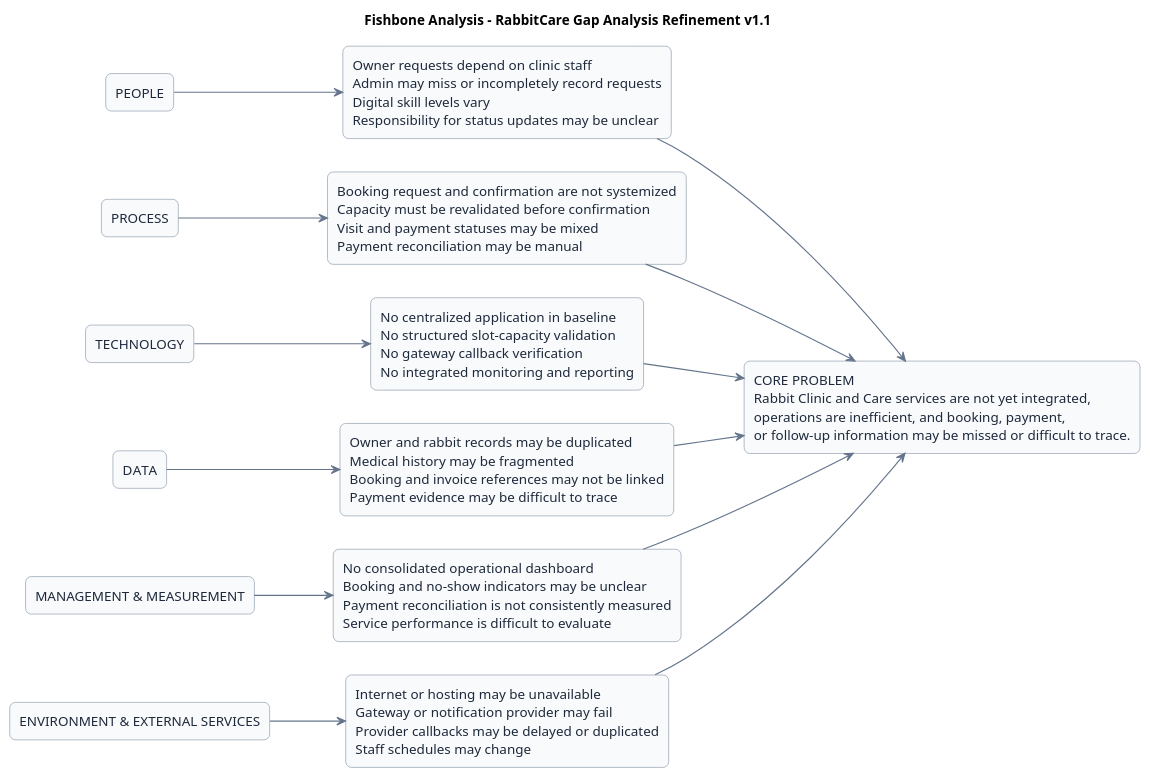
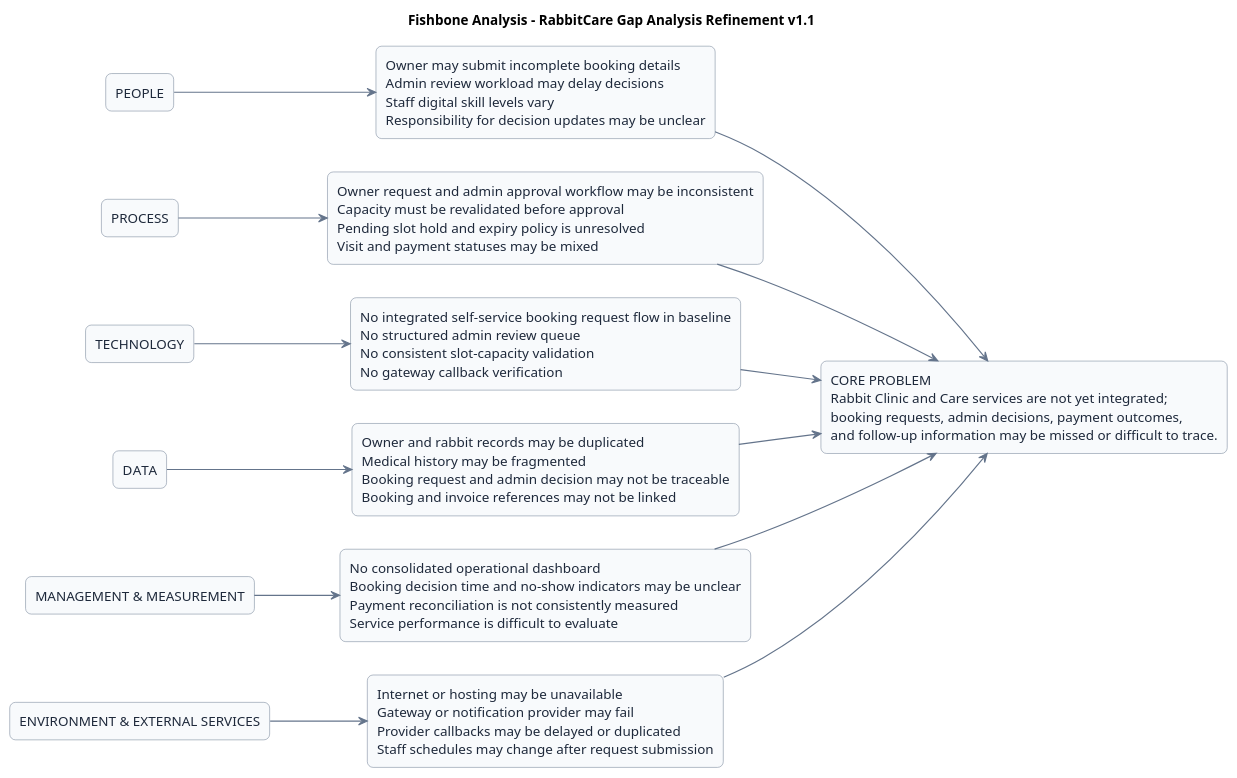
The diagram in plantuml/refinement/10_fishbone_gap_analysis_v1.1.puml (anggitasilmyy/rabbitcare-system-analysis), drawn with PlantUML before and after one commit. The commit also changed 16 other files, not shown here.

First line of the commit message:
docs: refine RabbitCare analysis and UML diagrams v1.1

```diff
--- a/plantuml/refinement/10_fishbone_gap_analysis_v1.1.puml
+++ b/plantuml/refinement/10_fishbone_gap_analysis_v1.1.puml
@@ -1,50 +1,49 @@
 @startuml
 title Fishbone Analysis - RabbitCare Gap Analysis Refinement v1.1
 left to right direction
 
 skinparam backgroundColor white
 skinparam shadowing false
 skinparam defaultFontName Arial
 skinparam rectangle {
     RoundCorner 12
     BorderColor #64748B
     FontColor #1E293B
     BackgroundColor #F8FAFC
 }
 skinparam ArrowColor #64748B
 skinparam ArrowThickness 1.2
 
 rectangle "PEOPLE" as People
-rectangle "Owner requests depend on clinic staff\nAdmin may miss or incompletely record requests\nDigital skill levels vary\nResponsibility for status updates may be unclear" as PeopleCause
+rectangle "Owner may submit incomplete booking details\nAdmin review workload may delay decisions\nStaff digital skill levels vary\nResponsibility for decision updates may be unclear" as PeopleCause
 
 rectangle "PROCESS" as Process
-rectangle "Booking request and confirmation are not systemized\nCapacity must be revalidated before confirmation\nVisit and payment statuses may be mixed\nPayment reconciliation may be manual" as ProcessCause
+rectangle "Owner request and admin approval workflow may be inconsistent\nCapacity must be revalidated before approval\nPending slot hold and expiry policy is unresolved\nVisit and payment statuses may be mixed" as ProcessCause
 
 rectangle "TECHNOLOGY" as Technology
-rectangle "No centralized application in baseline\nNo structured slot-capacity validation\nNo gateway callback verification\nNo integrated monitoring and reporting" as TechnologyCause
+rectangle "No integrated self-service booking request flow in baseline\nNo structured admin review queue\nNo consistent slot-capacity validation\nNo gateway callback verification" as TechnologyCause
 
 rectangle "DATA" as Data
-rectangle "Owner and rabbit records may be duplicated\nMedical history may be fragmented\nBooking and invoice references may not be linked\nPayment evidence may be difficult to trace" as DataCause
+rectangle "Owner and rabbit records may be duplicated\nMedical history may be fragmented\nBooking request and admin decision may not be traceable\nBooking and invoice references may not be linked" as DataCause
 
 rectangle "MANAGEMENT & MEASUREMENT" as Management
-rectangle "No consolidated operational dashboard\nBooking and no-show indicators may be unclear\nPayment reconciliation is not consistently measured\nService performance is difficult to evaluate" as ManagementCause
+rectangle "No consolidated operational dashboard\nBooking decision time and no-show indicators may be unclear\nPayment reconciliation is not consistently measured\nService performance is difficult to evaluate" as ManagementCause
 
 rectangle "ENVIRONMENT & EXTERNAL SERVICES" as Environment
-rectangle "Internet or hosting may be unavailable\nGateway or notification provider may fail\nProvider callbacks may be delayed or duplicated\nStaff schedules may change" as EnvironmentCause
+rectangle "Internet or hosting may be unavailable\nGateway or notification provider may fail\nProvider callbacks may be delayed or duplicated\nStaff schedules may change after request submission" as EnvironmentCause
 
-rectangle "CORE PROBLEM\nRabbit Clinic and Care services are not yet integrated,\noperations are inefficient, and booking, payment,\nor follow-up information may be missed or difficult to trace." as Problem
+rectangle "CORE PROBLEM\nRabbit Clinic and Care services are not yet integrated;\nbooking requests, admin decisions, payment outcomes,\nand follow-up information may be missed or difficult to trace." as Problem
 
 People --> PeopleCause
 PeopleCause --> Problem
 Process --> ProcessCause
 ProcessCause --> Problem
 Technology --> TechnologyCause
 TechnologyCause --> Problem
 Data --> DataCause
 DataCause --> Problem
 Management --> ManagementCause
 ManagementCause --> Problem
 Environment --> EnvironmentCause
 EnvironmentCause --> Problem
-
 @enduml
```
